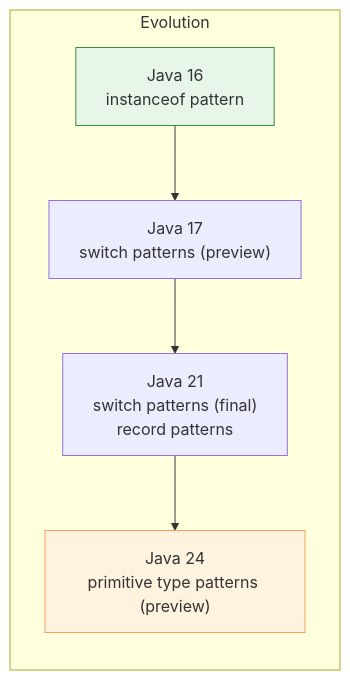
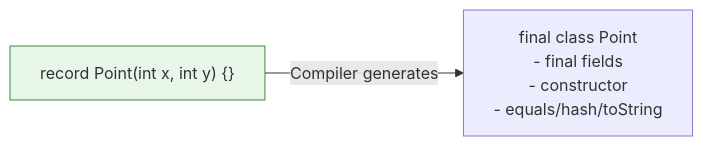
Before and after one commit to akardapolov/software-atlas: the sixth of 16 diagrams in docs/languages/java/index.md, drawn with Mermaid. The commit also changed other lines of this file and 13 other files, not shown here.

````diff
--- a/docs/languages/java/index.md
+++ b/docs/languages/java/index.md
@@ -821,10 +282,5 @@
 ```mermaid
 flowchart LR
-    subgraph Evolution
-        A["Java 16<br/>instanceof pattern"] --> B["Java 17<br/>switch patterns (preview)"]
-        B --> C["Java 21<br/>switch patterns (final)<br/>record patterns"]
-        C --> D["Java 24<br/>primitive type patterns (preview)"]
-    end
-    style A fill:#e8f5e9,stroke:#388e3c
-    style D fill:#fff3e0,stroke:#f4a261
+    Rec["record Point(int x, int y) {}"] -->|Compiler generates| Class["final class Point<br/>- final fields<br/>- constructor<br/>- equals/hash/toString"]
+    style Rec fill:#e8f5e9,stroke:#388e3c
 ```
````
